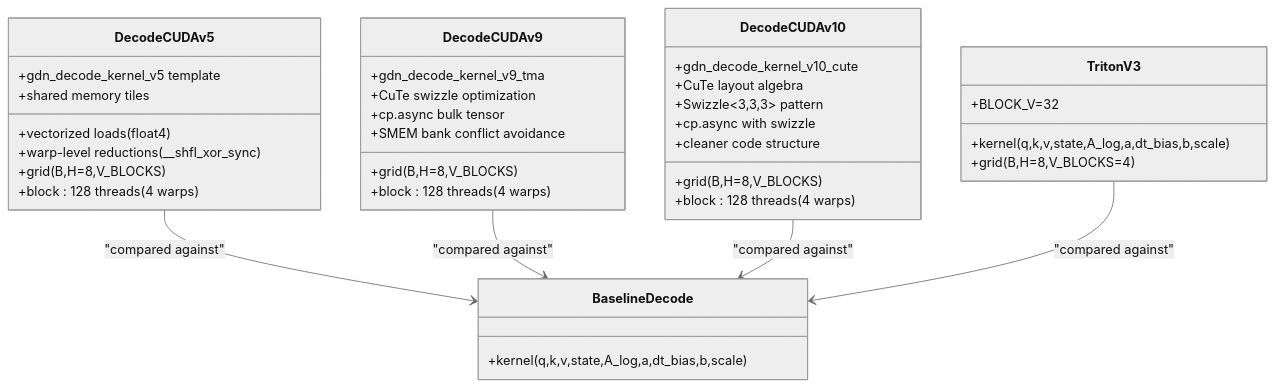
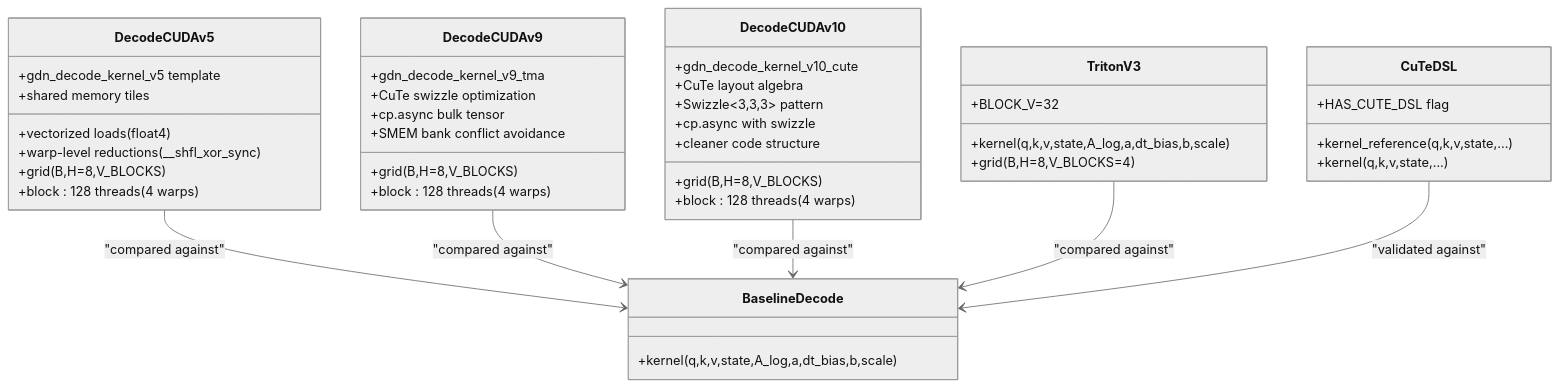
Before and after one commit to gugudeshubao/flashinfer-bench-tma-thrust: the sixth of 13 diagrams in .qoder/repowiki/en/content/Performance Analysis.md, drawn with Mermaid (neutral theme). The commit also changed other lines of this file and 9 other files, not shown here.

````diff
--- a/.qoder/repowiki/en/content/Performance Analysis.md
+++ b/.qoder/repowiki/en/content/Performance Analysis.md
@@ -307,40 +370,46 @@
 ```mermaid
 classDiagram
 class DecodeCUDAv5 {
 +gdn_decode_kernel_v5 template
 +vectorized loads (float4)
 +warp-level reductions (__shfl_xor_sync)
 +shared memory tiles
 +grid(B,H=8,V_BLOCKS)
 +block : 128 threads (4 warps)
 }
 class DecodeCUDAv9 {
 +gdn_decode_kernel_v9_tma
 +CuTe swizzle optimization
 +cp.async bulk tensor
 +SMEM bank conflict avoidance
 +grid(B,H=8,V_BLOCKS)
 +block : 128 threads (4 warps)
 }
 class DecodeCUDAv10 {
 +gdn_decode_kernel_v10_cute
 +CuTe layout algebra
 +Swizzle<3,3,3> pattern
 +cp.async with swizzle
 +cleaner code structure
 +grid(B,H=8,V_BLOCKS)
 +block : 128 threads (4 warps)
 }
 class TritonV3 {
 +kernel(q,k,v,state,A_log,a,dt_bias,b,scale)
 +grid(B,H=8,V_BLOCKS=4)
 +BLOCK_V=32
 }
 class BaselineDecode {
 +kernel(q,k,v,state,A_log,a,dt_bias,b,scale)
 }
+class CuTeDSL {
++kernel_reference(q,k,v,state,...)
++kernel(q,k,v,state,...)
++HAS_CUTE_DSL flag
+}
 DecodeCUDAv5 --> BaselineDecode : "compared against"
 DecodeCUDAv9 --> BaselineDecode : "compared against"
 DecodeCUDAv10 --> BaselineDecode : "compared against"
 TritonV3 --> BaselineDecode : "compared against"
+CuTeDSL --> BaselineDecode : "validated against"
 ```
````
